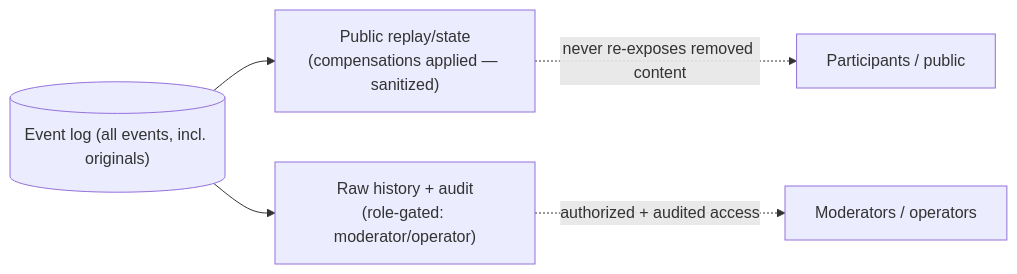
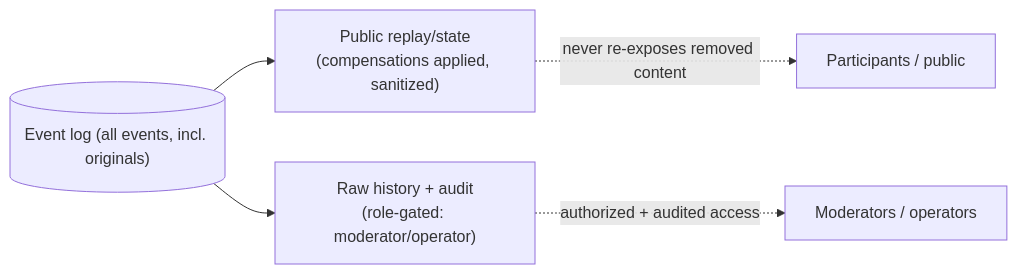
Before and after one commit to div0rce/quad-canvas: the fourth of 4 diagrams in docs/MODERATION.md, drawn with Mermaid. The commit also changed other lines of this file and 98 other files, not shown here.

````diff
--- a/docs/MODERATION.md
+++ b/docs/MODERATION.md
@@ -354,10 +354,10 @@
 ```mermaid
 flowchart LR
   LOG[("Event log (all events, incl. originals)")]
-  PUB["Public replay/state<br/>(compensations applied — sanitized)"]
+  PUB["Public replay/state<br/>(compensations applied, sanitized)"]
   RAW["Raw history + audit<br/>(role-gated: moderator/operator)"]
   LOG --> PUB
   LOG --> RAW
   PUB -. never re-exposes removed content .-> USERS["Participants / public"]
   RAW -. authorized + audited access .-> MODS["Moderators / operators"]
 ```
````
